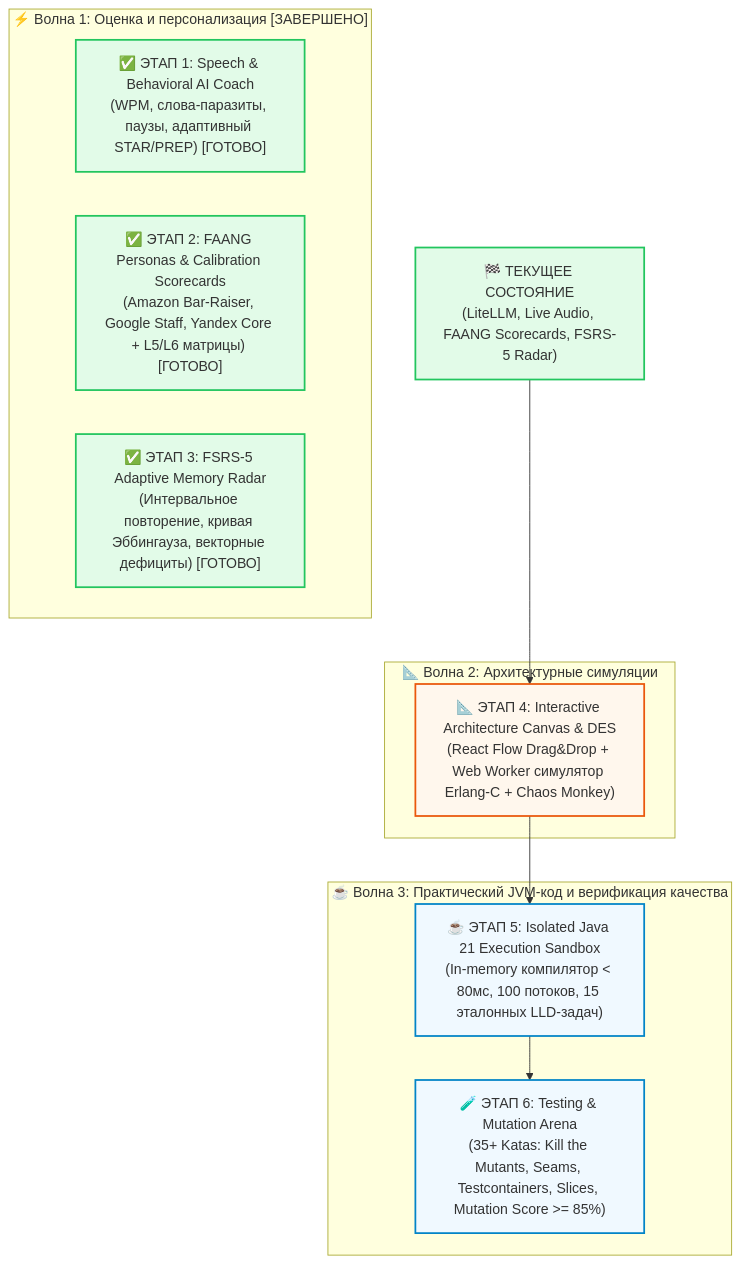
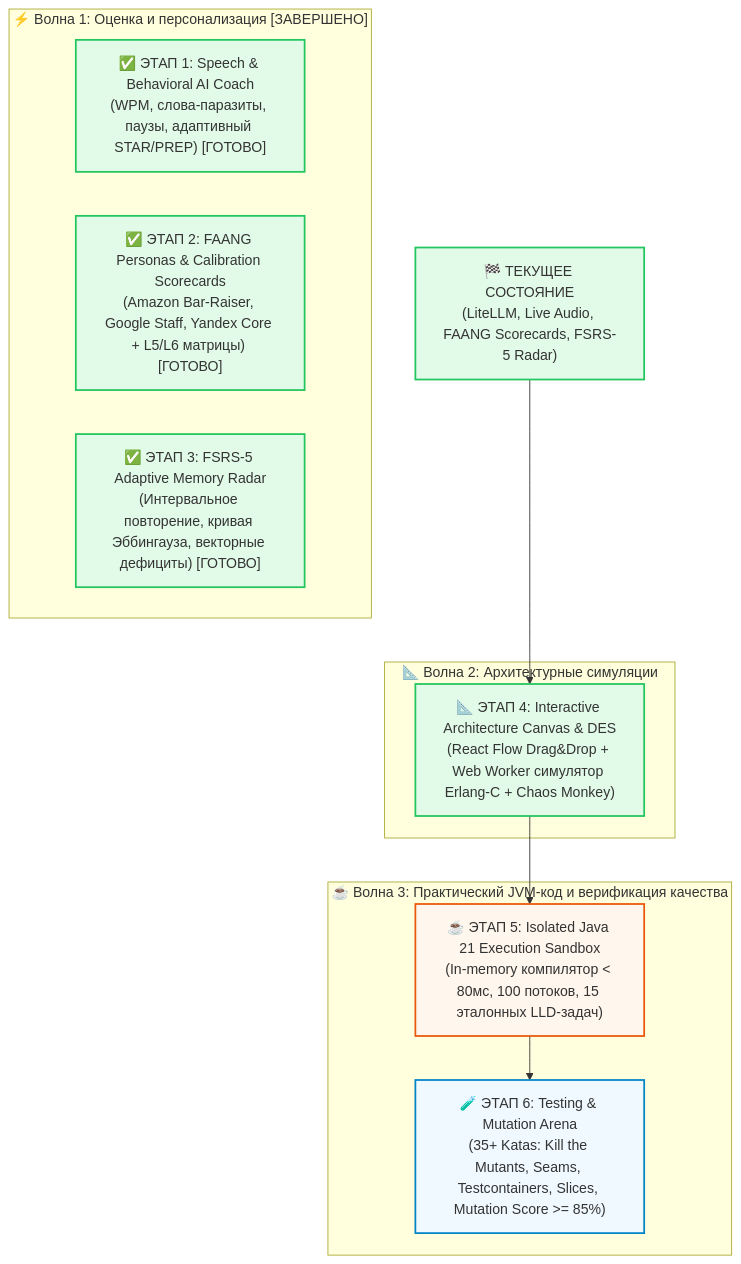
One commit to iliaIz/interview_tutor changed the diagram in docs/roadmap/00_MASTER_ROADMAP.md. Above: the diagram before and after it, drawn with Mermaid. The commit also changed other lines of this file and 15 other files, not shown here.

Commit message:
feat(system-design): implement interactive architecture canvas with React Flow, DES queuing simulator, and Chaos Monkey

````diff
--- a/docs/roadmap/00_MASTER_ROADMAP.md
+++ b/docs/roadmap/00_MASTER_ROADMAP.md
@@ -27,31 +27,31 @@
 ```mermaid
 flowchart TD
     Current["🏁 ТЕКУЩЕЕ СОСТОЯНИЕ\n(LiteLLM, Live Audio, FAANG Scorecards, FSRS-5 Radar)"]
 
     subgraph Wave1 ["⚡ Волна 1: Оценка и персонализация [ЗАВЕРШЕНО]"]
         Phase1["✅ ЭТАП 1: Speech & Behavioral AI Coach\n(WPM, слова-паразиты, паузы, адаптивный STAR/PREP) [ГОТОВО]"]
         Phase2["✅ ЭТАП 2: FAANG Personas & Calibration Scorecards\n(Amazon Bar-Raiser, Google Staff, Yandex Core + L5/L6 матрицы) [ГОТОВО]"]
         Phase3["✅ ЭТАП 3: FSRS-5 Adaptive Memory Radar\n(Интервальное повторение, кривая Эббингауза, векторные дефициты) [ГОТОВО]"]
     end
 
     subgraph Wave2 ["📐 Волна 2: Архитектурные симуляции"]
         Phase4["📐 ЭТАП 4: Interactive Architecture Canvas & DES\n(React Flow Drag&Drop + Web Worker симулятор Erlang-C + Chaos Monkey)"]
     end
 
     subgraph Wave3 ["☕ Волна 3: Практический JVM-код и верификация качества"]
         Phase5["☕ ЭТАП 5: Isolated Java 21 Execution Sandbox\n(In-memory компилятор < 80мс, 100 потоков, 15 эталонных LLD-задач)"]
         Phase6["🧪 ЭТАП 6: Testing & Mutation Arena\n(35+ Katas: Kill the Mutants, Seams, Testcontainers, Slices, Mutation Score >= 85%)"]
     end
 
     Current --> Phase4
     Phase4 --> Phase5
     Phase5 --> Phase6
 
     classDef done fill:#e2fbe8,stroke:#22c55e,stroke-width:2px;
     classDef currentPhase fill:#fff7ed,stroke:#ea580c,stroke-width:2px;
     classDef queued fill:#f0f9ff,stroke:#0284c7,stroke-width:2px;
 
-    class Current,Phase1,Phase2,Phase3 done;
-    class Phase4 currentPhase;
-    class Phase5,Phase6 queued;
+    class Current,Phase1,Phase2,Phase3,Phase4 done;
+    class Phase5 currentPhase;
+    class Phase6 queued;
 ```
````
